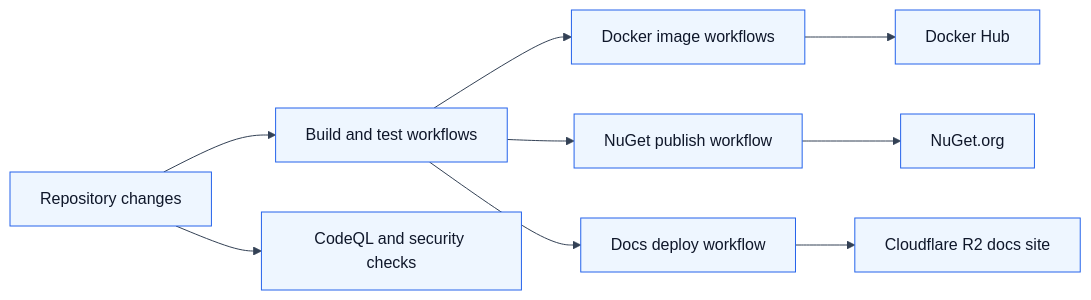
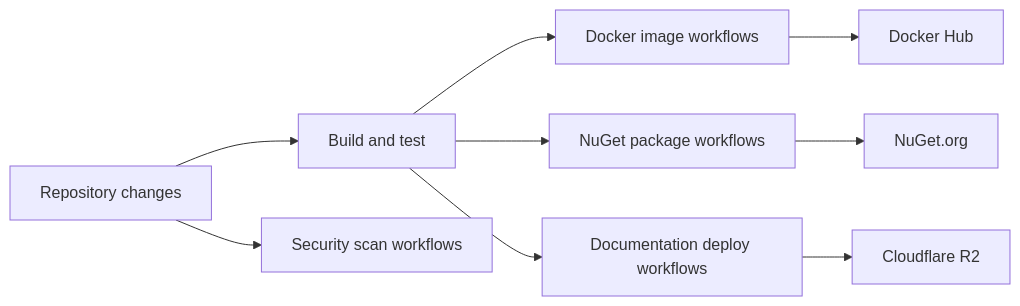
One commit to CWALabs/SkyCMS.Docs changed the diagram in deployment/cicd-pipelines.md. Above: the diagram before and after it, drawn with Mermaid. The commit also changed other lines of this file and 211 other files, not shown here.

````diff
--- a/deployment/cicd-pipelines.md
+++ b/deployment/cicd-pipelines.md
@@ -31,12 +32,11 @@
 ```mermaid
-%%{init: {"theme":"base","themeVariables":{"primaryColor":"#eef6ff","primaryTextColor":"#0f172a","primaryBorderColor":"#2563eb","lineColor":"#334155","secondaryColor":"#f8fafc","tertiaryColor":"#ffffff","fontFamily":"Segoe UI, Arial, sans-serif"}}}%%
 flowchart LR
-      Source[Repository changes] --> Build[Build and test workflows]
+      Source[Repository changes] --> Build[Build and test]
       Build --> Docker[Docker image workflows]
-      Build --> NuGet[NuGet publish workflow]
-      Build --> Docs[Docs deploy workflow]
+      Build --> NuGet[NuGet package workflows]
+      Build --> Docs[Documentation deploy workflows]
+      Source --> Security[Security scan workflows]
       Docker --> Hub[Docker Hub]
       NuGet --> NuGetOrg[NuGet.org]
-      Docs --> R2[Cloudflare R2 docs site]
-      Source --> Security[CodeQL and security checks]
+      Docs --> R2[Cloudflare R2]
 ```
````
